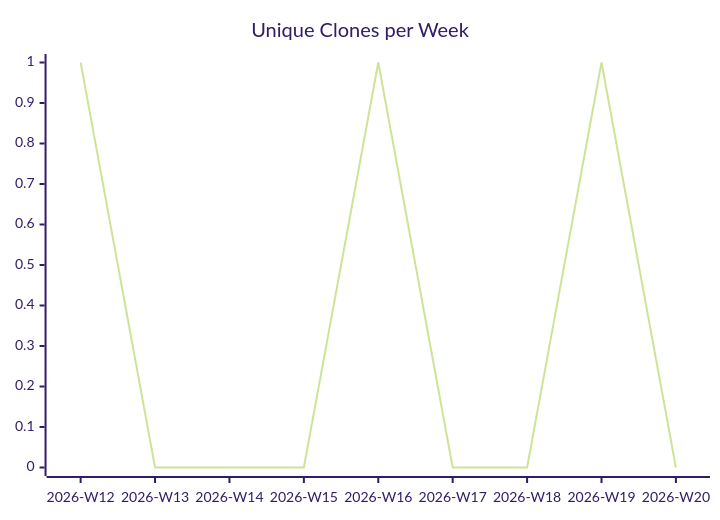
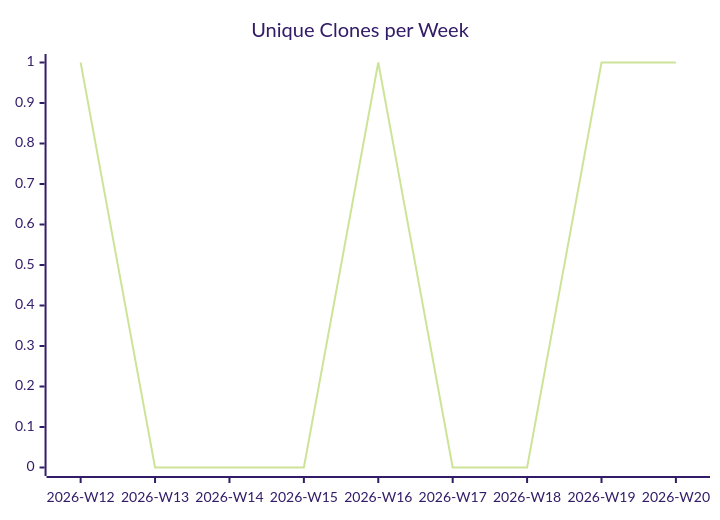
The third of 3 diagrams in karlmdavis/ansible/README.md (justdavis-family/github-analytics-data), drawn with Mermaid (forest theme) before and after one commit. The commit also changed other lines of this file and 189 other files, not shown here.

````diff
--- a/karlmdavis/ansible/README.md
+++ b/karlmdavis/ansible/README.md
@@ -19,6 +19,6 @@
 ```mermaid
 xychart-beta
   title "Unique Clones per Week"
   x-axis ["2026-W12", "2026-W13", "2026-W14", "2026-W15", "2026-W16", "2026-W17", "2026-W18", "2026-W19", "2026-W20"]
-  line [1, 0, 0, 0, 1, 0, 0, 1, 0]
+  line [1, 0, 0, 0, 1, 0, 0, 1, 1]
 ```
````
